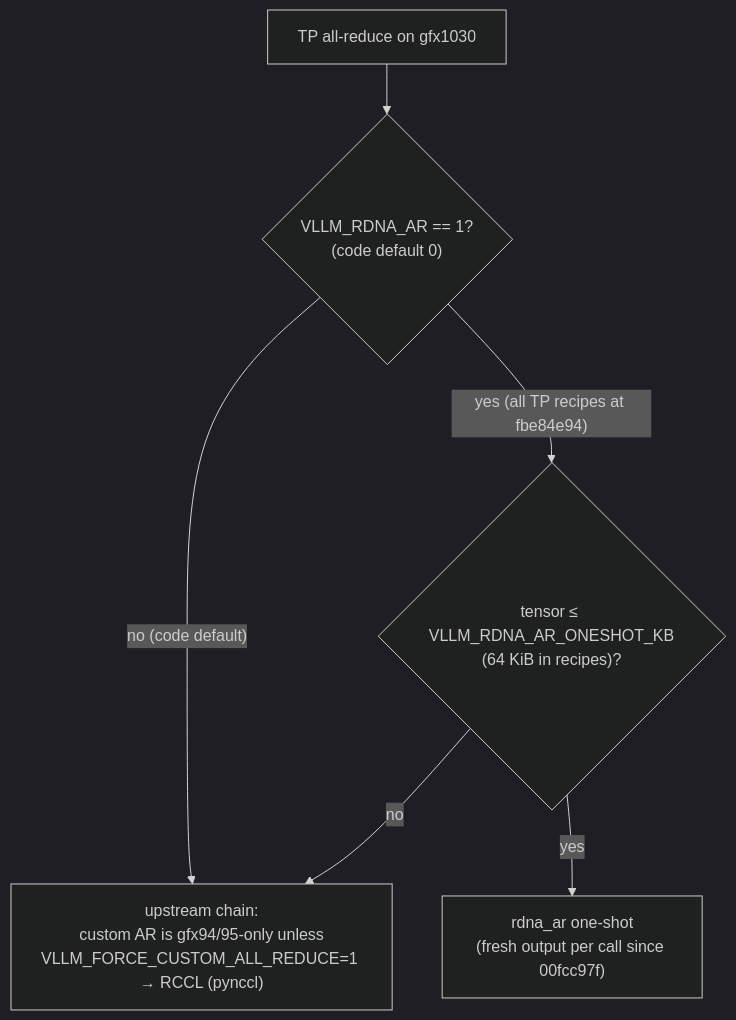
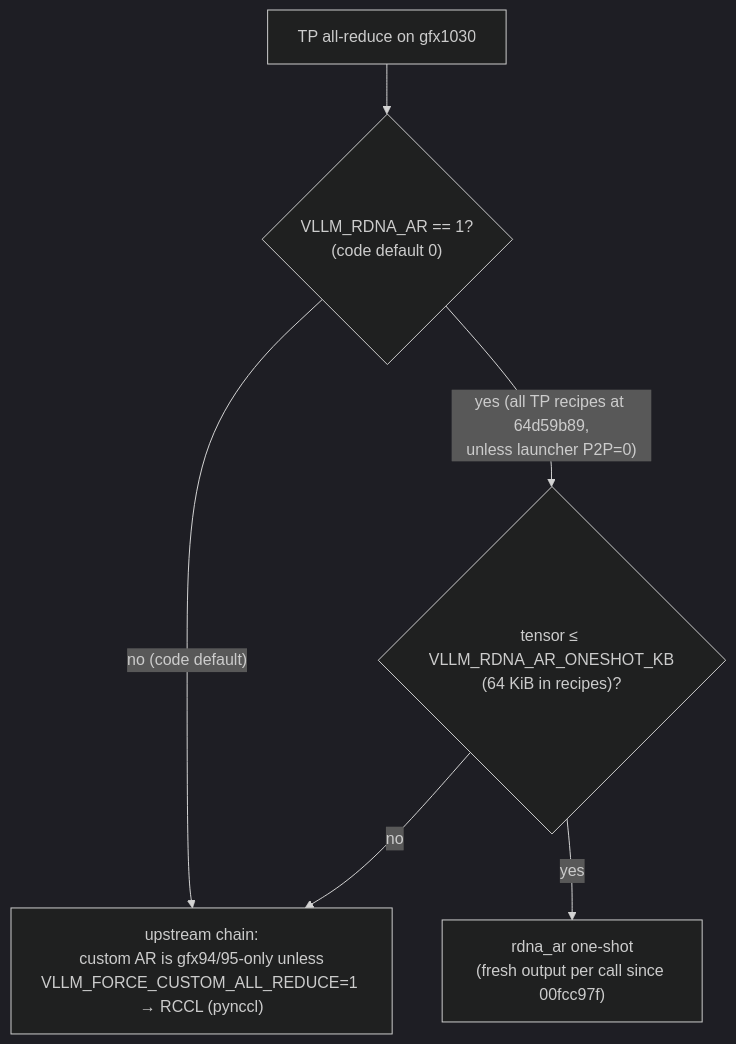
The diagram in fork/serve-locks.md (BlivionIaG/rdna-hip-wiki), drawn with Mermaid (dark theme) before and after one commit. The commit also changed other lines of this file and 5 other files, not shown here.

Commit message:
fork+README: re-pin rdna_extras tip fbe84e94 -> 64d59b89 (#79/#65/#81/#83/#84); W4A8 MoE + P2P knobs; fix moved cites

````diff
--- a/fork/serve-locks.md
+++ b/fork/serve-locks.md
@@ -61,8 +65,8 @@
 ```mermaid
 flowchart TD
   A["TP all-reduce on gfx1030"] --> B{"VLLM_RDNA_AR == 1?<br/>(code default 0)"}
   B -- "no (code default)" --> R["upstream chain:<br/>custom AR is gfx94/95-only unless<br/>VLLM_FORCE_CUSTOM_ALL_REDUCE=1 → RCCL (pynccl)"]
-  B -- "yes (all TP recipes at fbe84e94)" --> C{"tensor ≤ VLLM_RDNA_AR_ONESHOT_KB<br/>(64 KiB in recipes)?"}
+  B -- "yes (all TP recipes at 64d59b89,<br/>unless launcher P2P=0)" --> C{"tensor ≤ VLLM_RDNA_AR_ONESHOT_KB<br/>(64 KiB in recipes)?"}
   C -- yes --> O["rdna_ar one-shot<br/>(fresh output per call since 00fcc97f)"]
   C -- no --> R
 ```
````
